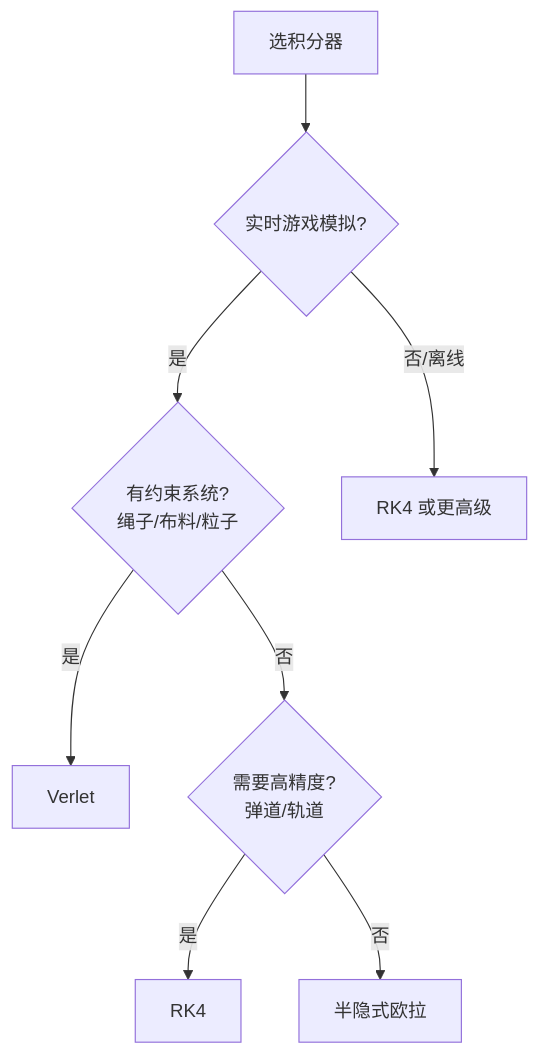
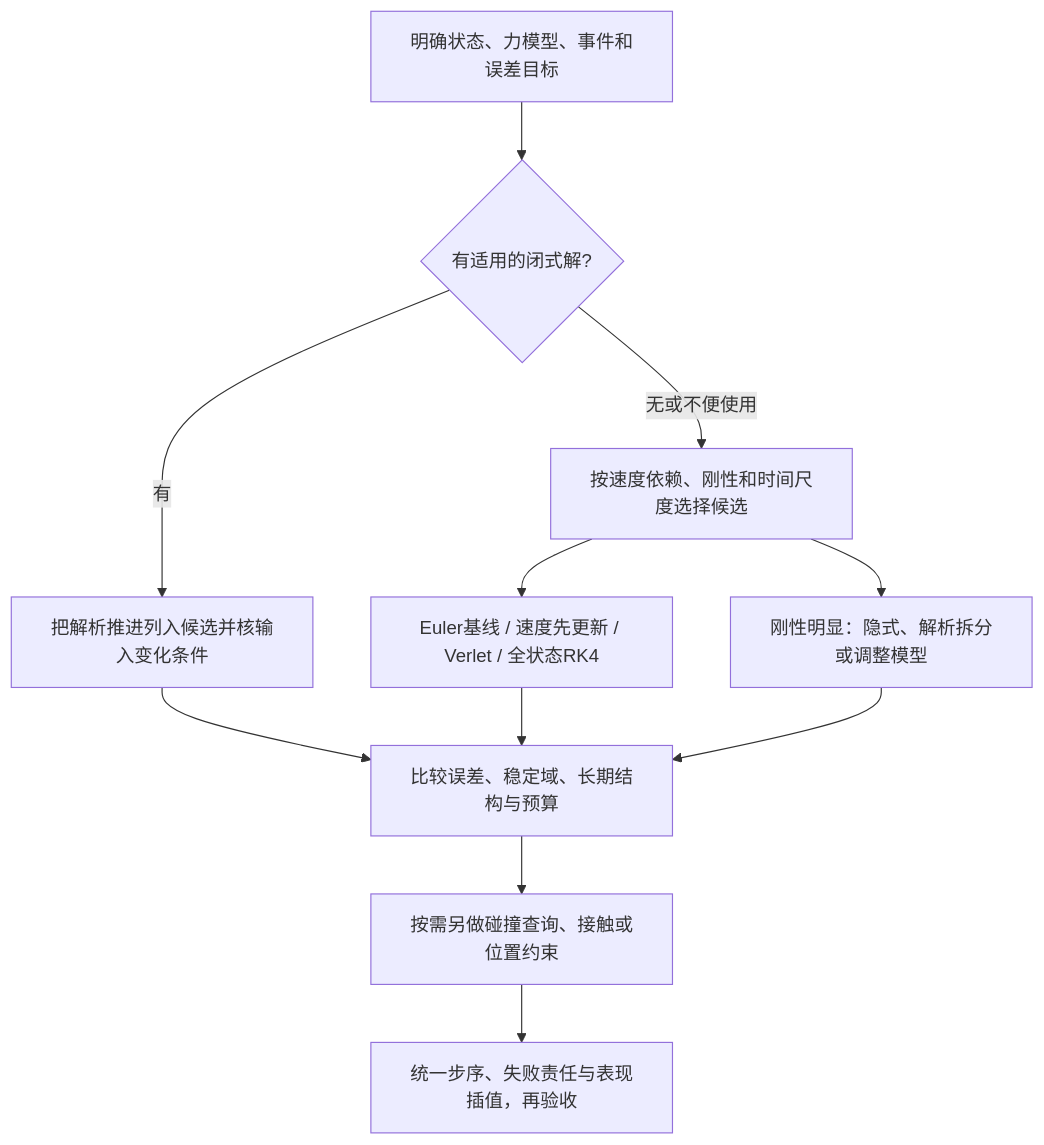
The diagram in 知识/02-数学与游戏算法/数学与数值计算/05-数值积分与运动学模拟.md (fantuan812/learning), drawn with Mermaid before and after one commit. The commit also changed other lines of this file and 1 other file, not shown here.

````diff
--- a/知识/02-数学与游戏算法/数学与数值计算/05-数值积分与运动学模拟.md
+++ b/知识/02-数学与游戏算法/数学与数值计算/05-数值积分与运动学模拟.md
@@ -113,10 +209,13 @@
 ```mermaid
 flowchart TD
-    A["选积分器"] --> B{"实时游戏模拟?"}
-    B -- 是 --> C{"有约束系统?\n绳子/布料/粒子"}
-    C -- 是 --> D["Verlet"]
-    C -- 否 --> E{"需要高精度?\n弹道/轨道"}
-    E -- 是 --> F["RK4"]
-    E -- 否 --> G["半隐式欧拉"]
-    B -- 否/离线 --> H["RK4 或更高级"]
+    A["明确状态、力模型、事件和误差目标"] --> B{"有适用的闭式解?"}
+    B -->|"有"| C["把解析推进列入候选并核输入变化条件"]
+    B -->|"无或不便使用"| D["按速度依赖、刚性和时间尺度选择候选"]
+    D --> E["Euler基线 / 速度先更新 / Verlet / 全状态RK4"]
+    D --> F["刚性明显：隐式、解析拆分或调整模型"]
+    C --> G["比较误差、稳定域、长期结构与预算"]
+    E --> G
+    F --> G
+    G --> H["按需另做碰撞查询、接触或位置约束"]
+    H --> I["统一步序、失败责任与表现插值，再验收"]
 ```
````
